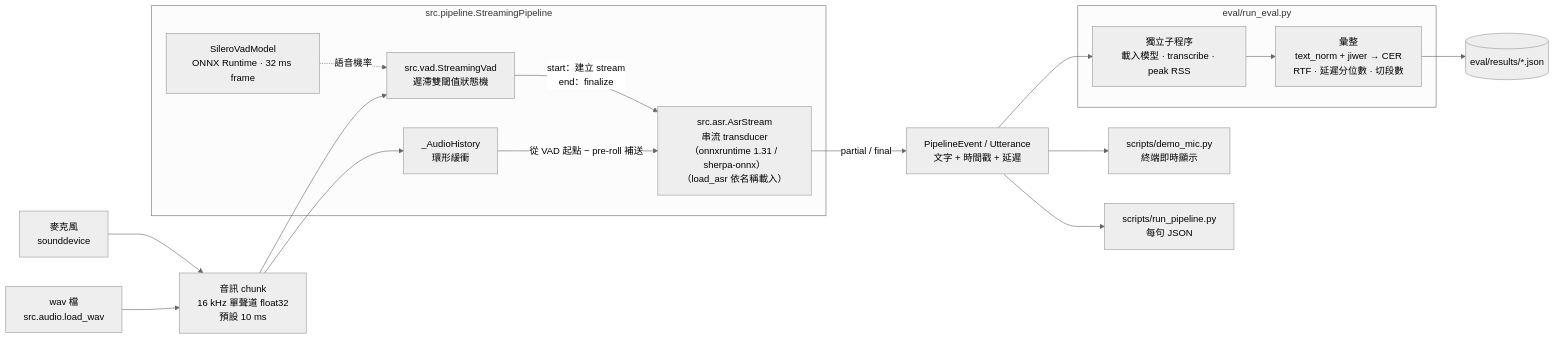
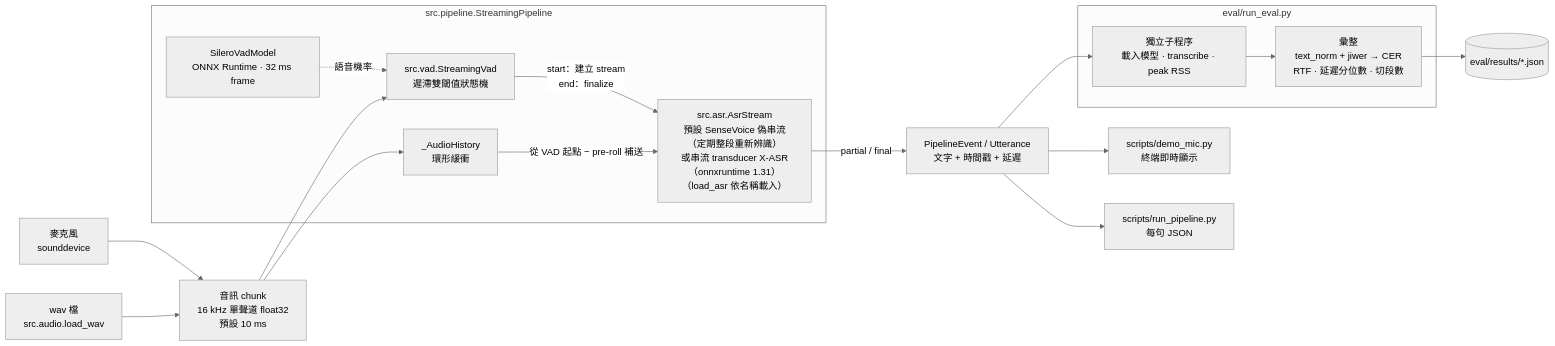
The first of 2 diagrams in README.md (l1cr0000-dev/ondevice-zh-asr), drawn with Mermaid (neutral theme) before and after one commit. The commit also changed other lines of this file and 2 other files, not shown here.

First line of the commit message:
docs: README reflects SenseVoice default; roadmap moves to on-device adaptation

````diff
--- a/README.md
+++ b/README.md
@@ -13,33 +13,33 @@
 ```mermaid
 flowchart LR
     MIC["麥克風<br/>sounddevice"]
     WAV["wav 檔<br/>src.audio.load_wav"]
     CHUNK["音訊 chunk<br/>16 kHz 單聲道 float32<br/>預設 10 ms"]
     MIC --> CHUNK
     WAV --> CHUNK
 
     subgraph PIPE["src.pipeline.StreamingPipeline"]
         HIST["_AudioHistory<br/>環形緩衝"]
         VAD["src.vad.StreamingVad<br/>遲滯雙閾值狀態機"]
         SIL["SileroVadModel<br/>ONNX Runtime · 32 ms frame"]
-        ASR["src.asr.AsrStream<br/>串流 transducer（onnxruntime 1.31 / sherpa-onnx）<br/>（load_asr 依名稱載入）"]
+        ASR["src.asr.AsrStream<br/>預設 SenseVoice 偽串流（定期整段重新辨識）<br/>或串流 transducer X-ASR（onnxruntime 1.31）<br/>（load_asr 依名稱載入）"]
         SIL -. 語音機率 .-> VAD
         VAD -- "start：建立 stream<br/>end：finalize" --> ASR
         HIST -- "從 VAD 起點 − pre-roll 補送" --> ASR
     end
 
     CHUNK --> VAD
     CHUNK --> HIST
     ASR -- "partial / final" --> UTT["PipelineEvent / Utterance<br/>文字 + 時間戳 + 延遲"]
 
     UTT --> DEMO["scripts/demo_mic.py<br/>終端即時顯示"]
     UTT --> JSON["scripts/run_pipeline.py<br/>每句 JSON"]
 
     subgraph EVAL["eval/run_eval.py"]
         WORKER["獨立子程序<br/>載入模型 · transcribe · peak RSS"]
         SUM["彙整<br/>text_norm + jiwer → CER<br/>RTF · 延遲分位數 · 切段數"]
         WORKER --> SUM
     end
     UTT --> WORKER
     SUM --> RES[("eval/results/*.json")]
 ```
````
